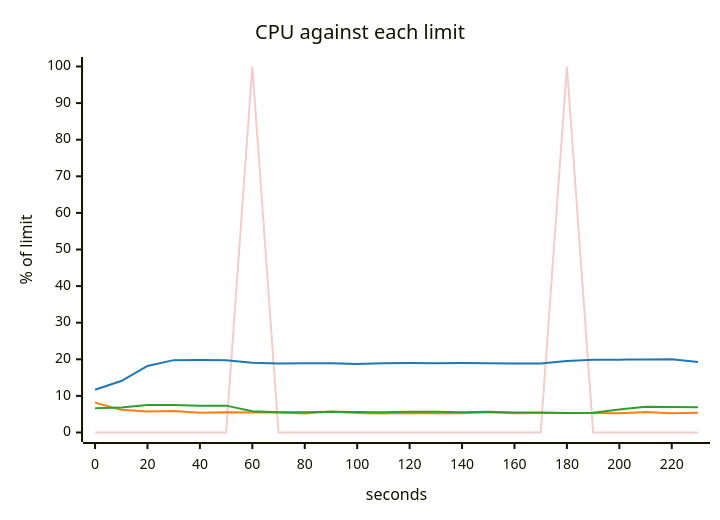
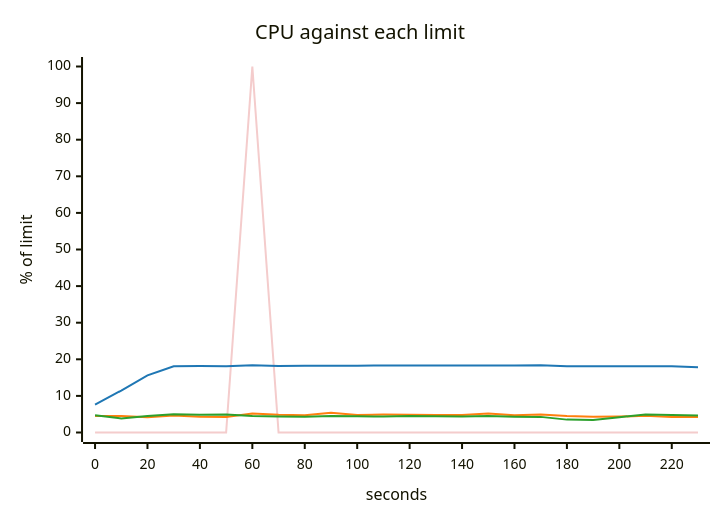
The fifth of 5 diagrams in scenarios/slow-disk/solutions/more-connections/report.md (akinfemi/load-lore), drawn with Mermaid before and after one commit. The commit also changed other lines of this file and 71 other files, not shown here.

````diff
--- a/scenarios/slow-disk/solutions/more-connections/report.md
+++ b/scenarios/slow-disk/solutions/more-connections/report.md
@@ -93,17 +93,17 @@
 ```mermaid
 ---
 config:
   themeVariables:
     xyChart:
       backgroundColor: "transparent"
       plotColorPalette: "#f4cccc, #1f77b4, #ff7f0e, #2ca02c"
 ---
 xychart-beta
     title "CPU against each limit"
     x-axis "seconds" 0 --> 230
     y-axis "% of limit" 0 --> 100
-    line [0, 0, 0, 0, 0, 0, 100, 0, 0, 0, 0, 0, 0, 0, 0, 0, 0, 0, 100, 0, 0, 0, 0, 0]
-    line [11.696, 14.071, 18.174, 19.774, 19.821, 19.753, 19.045, 18.862, 18.901, 18.919, 18.733, 18.919, 18.981, 18.901, 18.981, 18.921, 18.827, 18.866, 19.557, 19.851, 19.903, 19.953, 20.021, 19.289]
-    line [8.154, 6.198, 5.726, 5.852, 5.409, 5.547, 5.473, 5.432, 5.166, 5.762, 5.317, 5.169, 5.354, 5.292, 5.274, 5.534, 5.283, 5.345, 5.361, 5.356, 5.251, 5.591, 5.263, 5.401]
-    line [6.603, 6.807, 7.481, 7.496, 7.337, 7.338, 5.817, 5.504, 5.523, 5.637, 5.582, 5.514, 5.657, 5.659, 5.555, 5.653, 5.478, 5.44, 5.322, 5.429, 6.294, 7.009, 7, 6.918]
+    line [0, 0, 0, 0, 0, 0, 100, 0, 0, 0, 0, 0, 0, 0, 0, 0, 0, 0, 0, 0, 0, 0, 0, 0]
+    line [7.644, 11.461, 15.604, 18.083, 18.138, 18.128, 18.394, 18.186, 18.256, 18.253, 18.262, 18.303, 18.31, 18.308, 18.295, 18.277, 18.335, 18.347, 18.078, 18.07, 18.096, 18.077, 18.086, 17.807]
+    line [4.497, 4.515, 4.138, 4.658, 4.327, 4.257, 5.171, 4.872, 4.734, 5.373, 4.812, 4.896, 4.871, 4.794, 4.807, 5.215, 4.741, 4.932, 4.475, 4.27, 4.345, 4.558, 4.232, 4.231]
+    line [4.728, 3.823, 4.505, 4.978, 4.883, 4.931, 4.488, 4.369, 4.337, 4.484, 4.436, 4.377, 4.512, 4.46, 4.377, 4.49, 4.337, 4.268, 3.519, 3.391, 4.196, 4.891, 4.793, 4.639]
 ```
````
